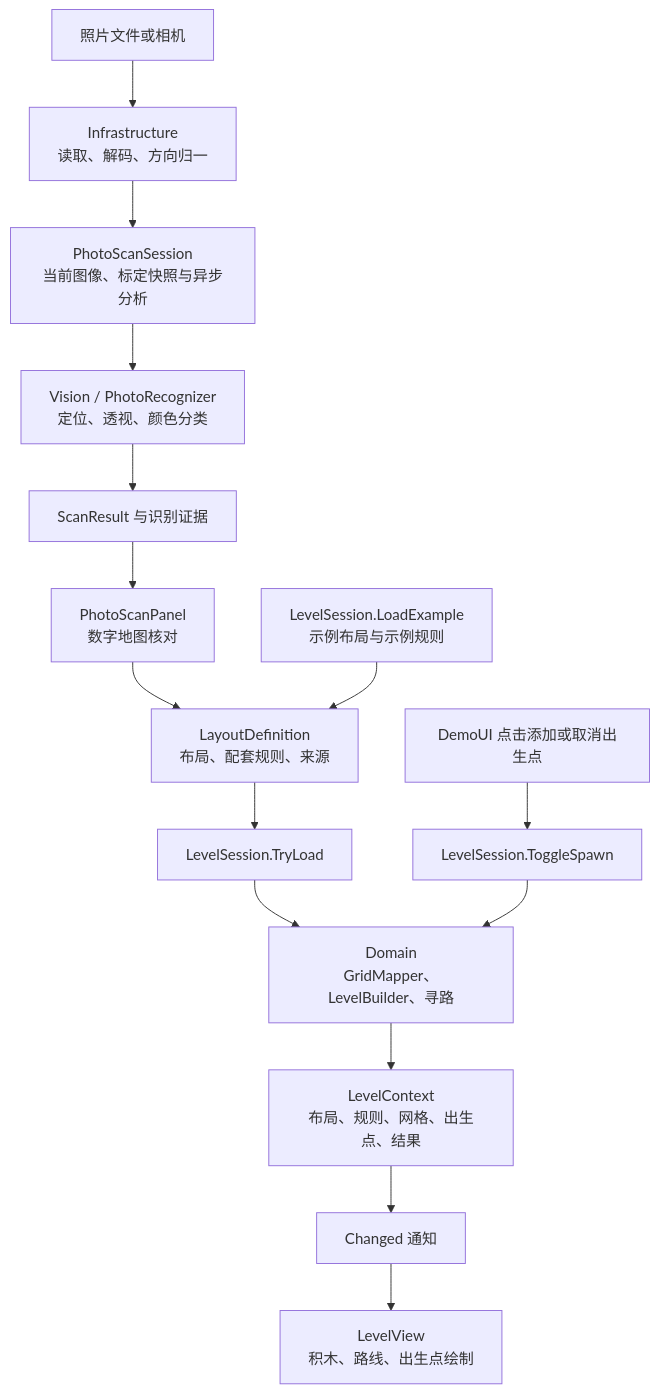
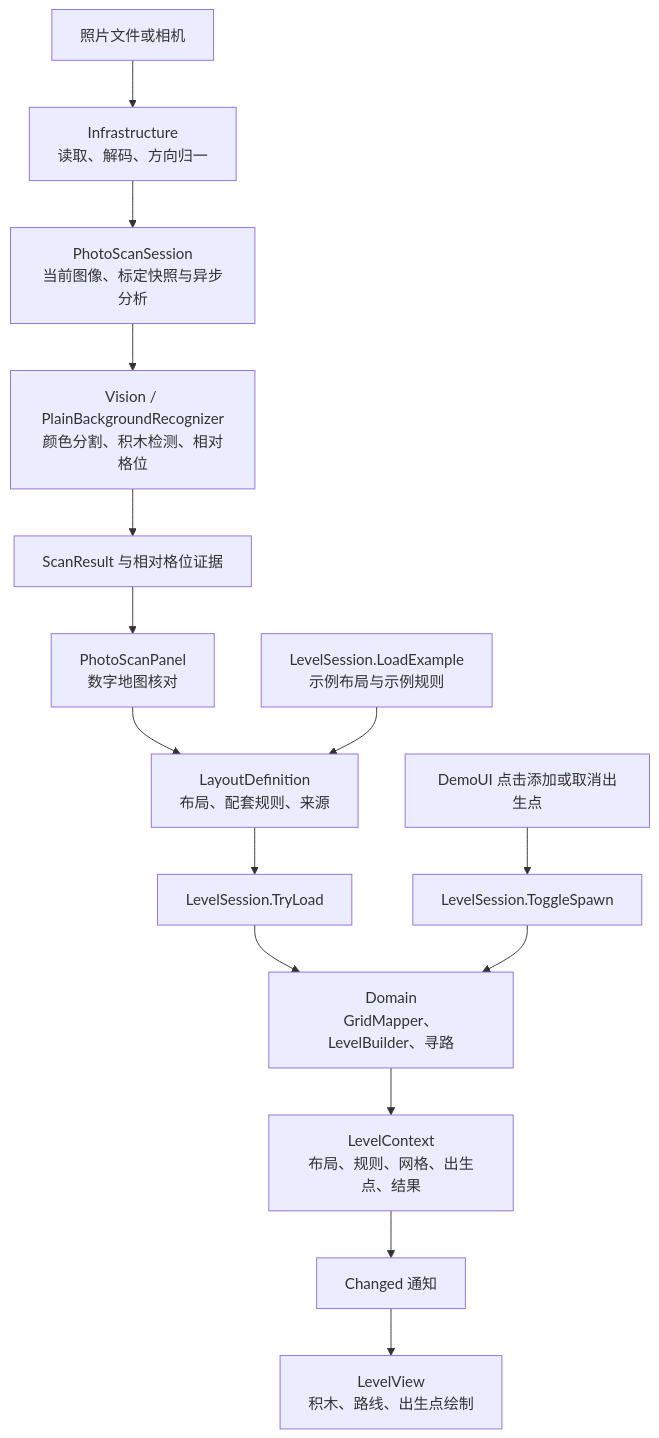
The diagram in docs/architecture.md (hanyang-sun/-), drawn with Mermaid before and after one commit. The commit also changed other lines of this file and 59 other files, not shown here.

Commit message:
feat: simplify photo scanning to plain backgrounds and update project docs

````diff
--- a/docs/architecture.md
+++ b/docs/architecture.md
@@ -49,17 +49,17 @@
 ```mermaid
 flowchart TD
     F[照片文件或相机] --> I[Infrastructure\n读取、解码、方向归一]
     I --> P[PhotoScanSession\n当前图像、标定快照与异步分析]
-    P --> V[Vision / PhotoRecognizer\n定位、透视、颜色分类]
-    V --> S[ScanResult 与识别证据]
+    P --> V[Vision / PlainBackgroundRecognizer\n颜色分割、积木检测、相对格位]
+    V --> S[ScanResult 与相对格位证据]
     S --> U[PhotoScanPanel\n数字地图核对]
     U --> D[LayoutDefinition\n布局、配套规则、来源]
     E[LevelSession.LoadExample\n示例布局与示例规则] --> D
     D --> L[LevelSession.TryLoad]
     L --> G[Domain\nGridMapper、LevelBuilder、寻路]
     G --> C[LevelContext\n布局、规则、网格、出生点、结果]
     C --> R[Changed 通知]
     R --> W[LevelView\n积木、路线、出生点绘制]
     B[DemoUI 点击添加或取消出生点] --> L2[LevelSession.ToggleSpawn]
     L2 --> G
 ```
````
